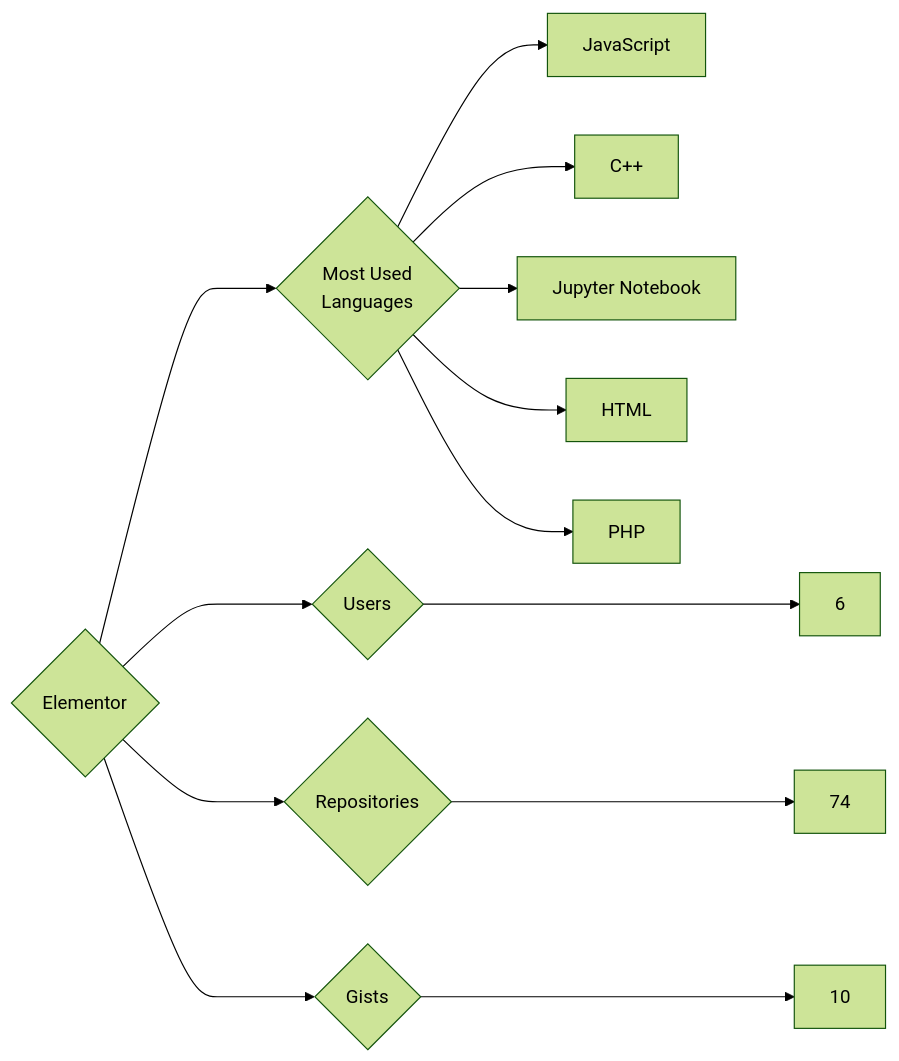
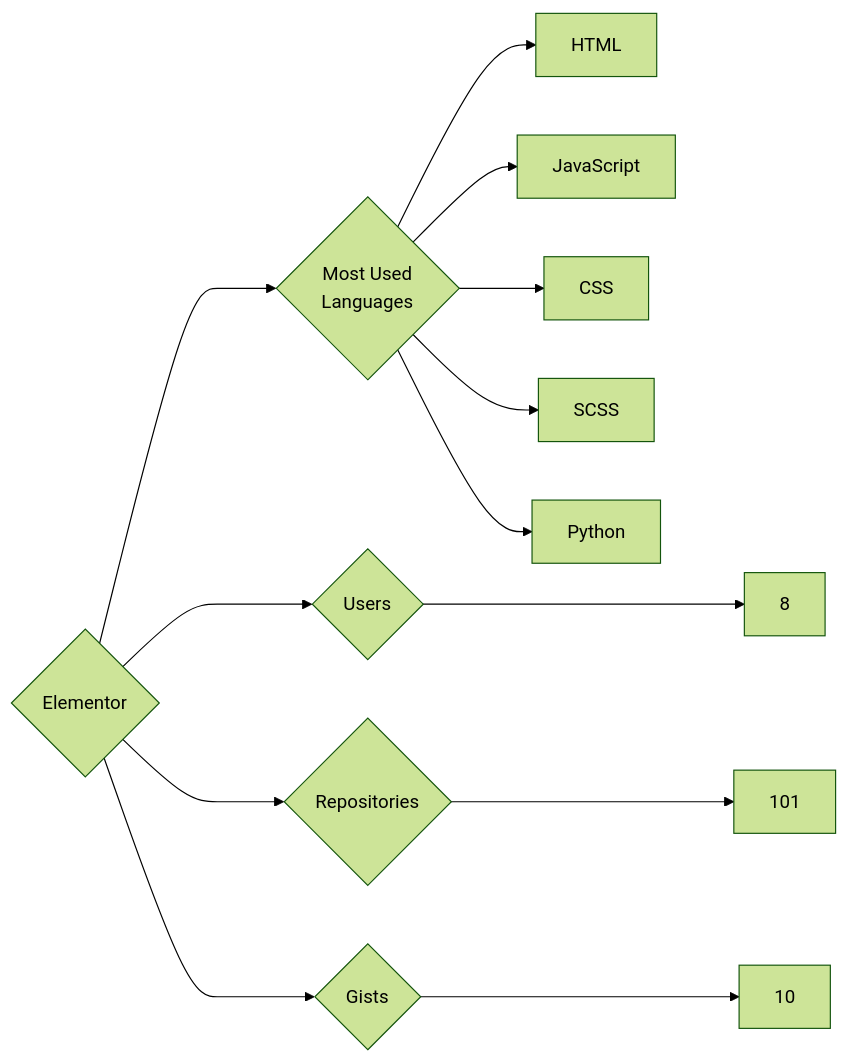
The diagram in targets/Elementor/README.md (trickest/insiders), drawn with Mermaid (forest theme) before and after one commit. The commit also changed 840 other files, not shown here.

````diff
--- a/targets/Elementor/README.md
+++ b/targets/Elementor/README.md
@@ -3,13 +3,13 @@
 ```mermaid
 graph LR
 COMPANY_NAME{Elementor}
-COMPANY_NAME ---> U{Users} ---> UN[6]
-COMPANY_NAME ---> R{Repositories} ---> RN[74]
+COMPANY_NAME ---> U{Users} ---> UN[8]
+COMPANY_NAME ---> R{Repositories} ---> RN[101]
 COMPANY_NAME ---> G{Gists} ---> GN[10]
 COMPANY_NAME ---> ML{Most Used<br>Languages}
+ML --> HTML[HTML]
 ML --> JavaScript[JavaScript]
-ML --> C++[C++]
-ML --> Jupyter_Notebook[Jupyter Notebook]
-ML --> HTML[HTML]
-ML --> PHP[PHP]
+ML --> CSS[CSS]
+ML --> SCSS[SCSS]
+ML --> Python[Python]
 ```
````
